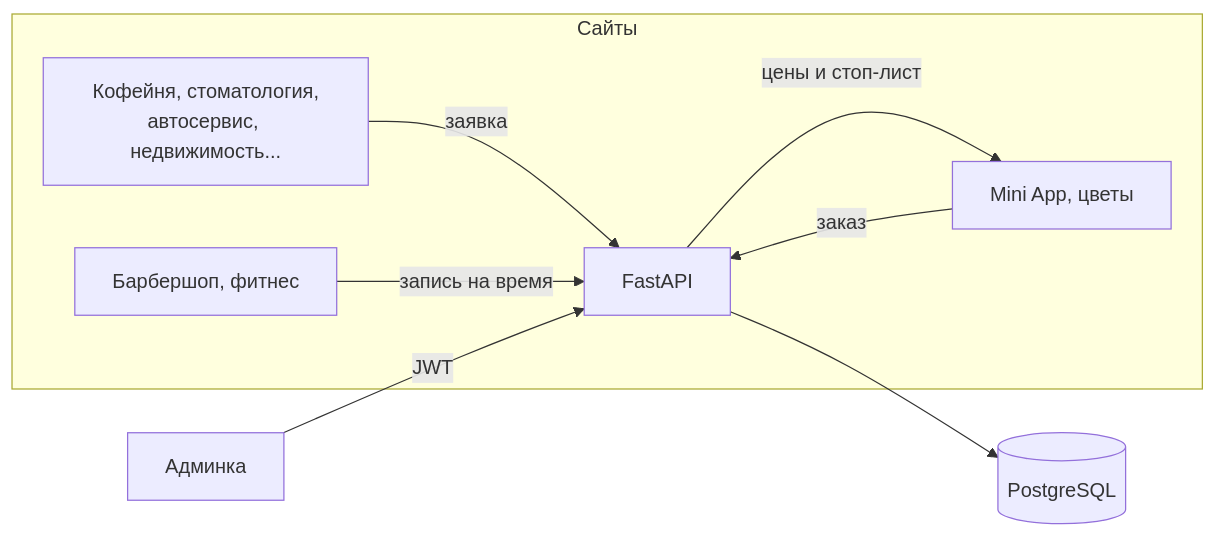
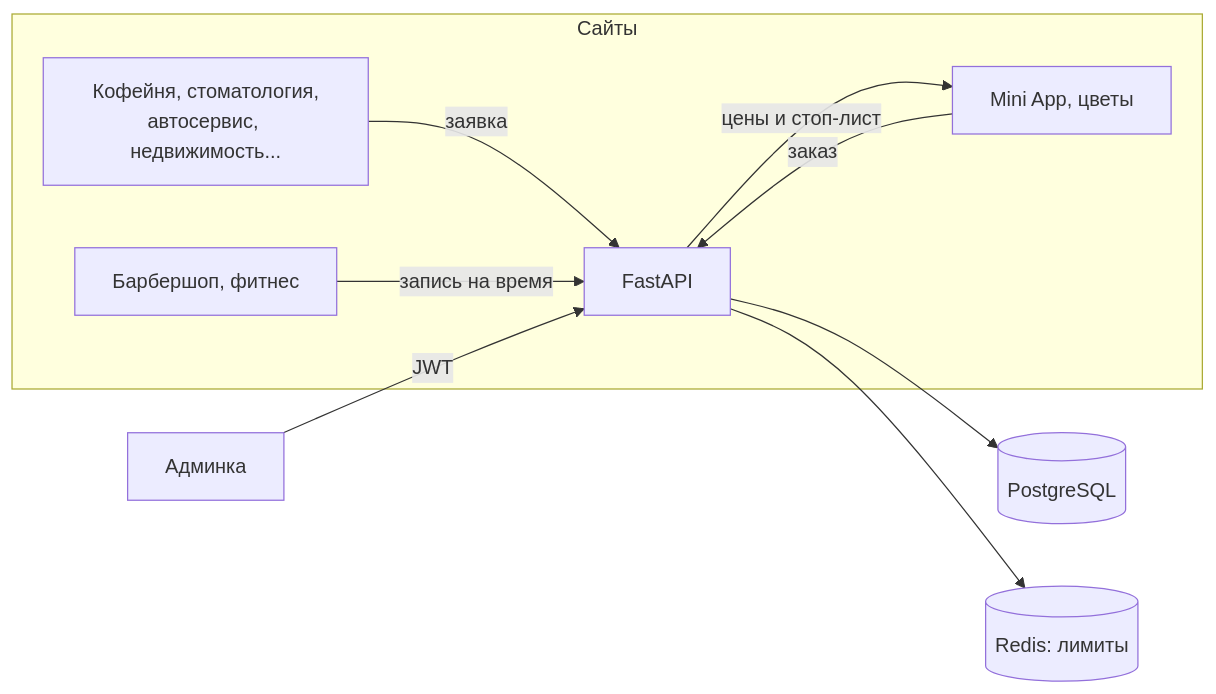
The diagram in backend/README.md (feyegetsu/portfolio), drawn with Mermaid before and after one commit. The commit also changed other lines of this file and 3 other files, not shown here.

First line of the commit message:
DOC-002: без захардкоженного числа тестов, точная таблица API (токен заказа, недостающие пути), Redis на схеме, верное дерево файлов

````diff
--- a/backend/README.md
+++ b/backend/README.md
@@ -11,11 +11,12 @@
 ```mermaid
 flowchart LR
     subgraph Сайты
       A[Кофейня, стоматология,<br>автосервис, недвижимость...] -->|заявка| API
       B[Барбершоп, фитнес] -->|запись на время| API
       C[Mini App, цветы] -->|заказ| API
     end
     API[FastAPI] --> DB[(PostgreSQL)]
+    API --> R[(Redis: лимиты)]
     ADM[Админка] -->|JWT| API
     API -->|цены и стоп-лист| C
 ```
````
